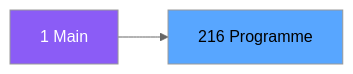
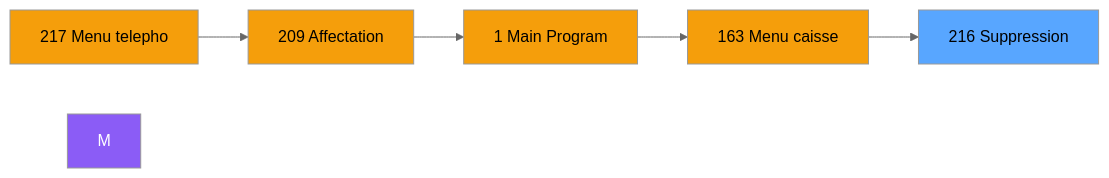
Before and after one commit to thonyAGP/magic-migration: the second of 3 diagrams in .openspec/specs/ADH-IDE-216.md, drawn with Mermaid (neutral theme). The commit also changed other lines of this file and 323 other files, not shown here.

````diff
--- a/.openspec/specs/ADH-IDE-216.md
+++ b/.openspec/specs/ADH-IDE-216.md
@@ -98,8 +105,18 @@
 ```mermaid
 graph LR
-    M[1 Main]
-    T[216 Programme]
-    M --> T
+    N217[217 Menu telepho]
+    N209[209 Affectation ]
+    N1[1 Main Program]
+    N163[163 Menu caisse ]
+    T[216 Suppression ]
+    N217 --> N209
+    N209 --> N1
+    N1 --> N163
+    N163 --> T
     style M fill:#8b5cf6,color:#fff
+    style N217 fill:#f59e0b
+    style N209 fill:#f59e0b
+    style N1 fill:#f59e0b
+    style N163 fill:#f59e0b
     style T fill:#58a6ff,color:#000
 ```
````
